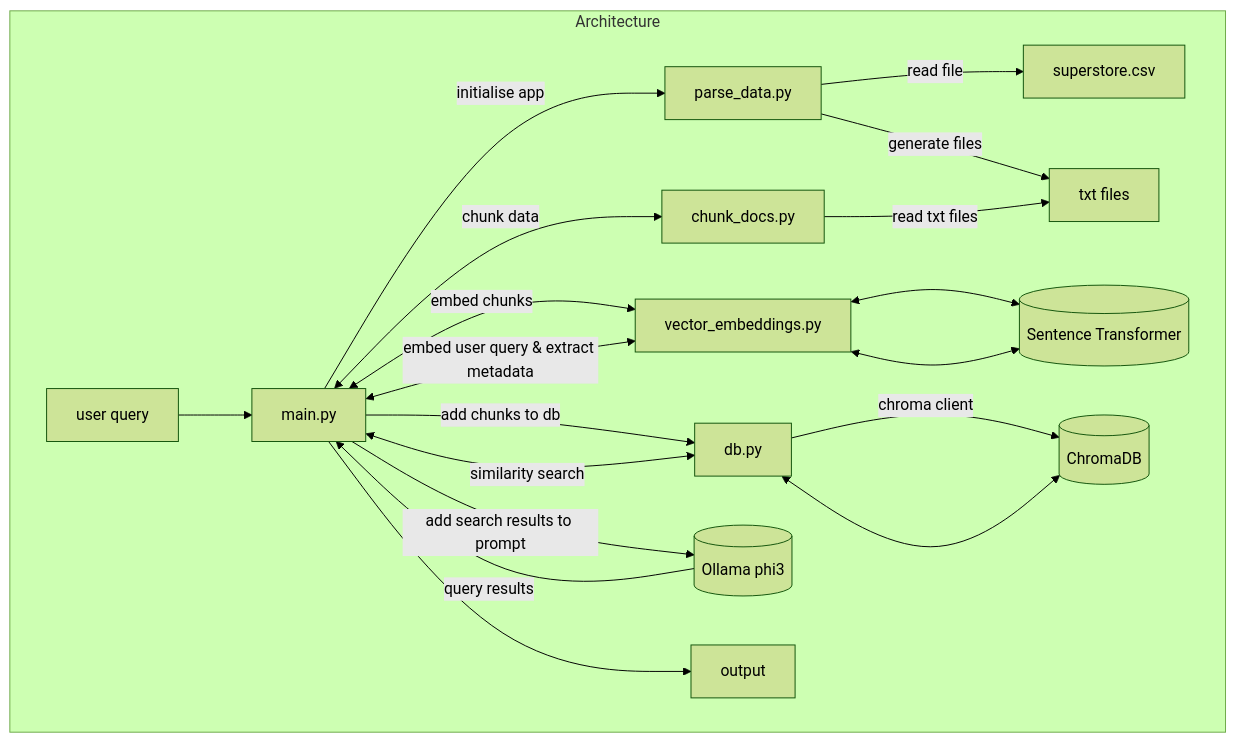
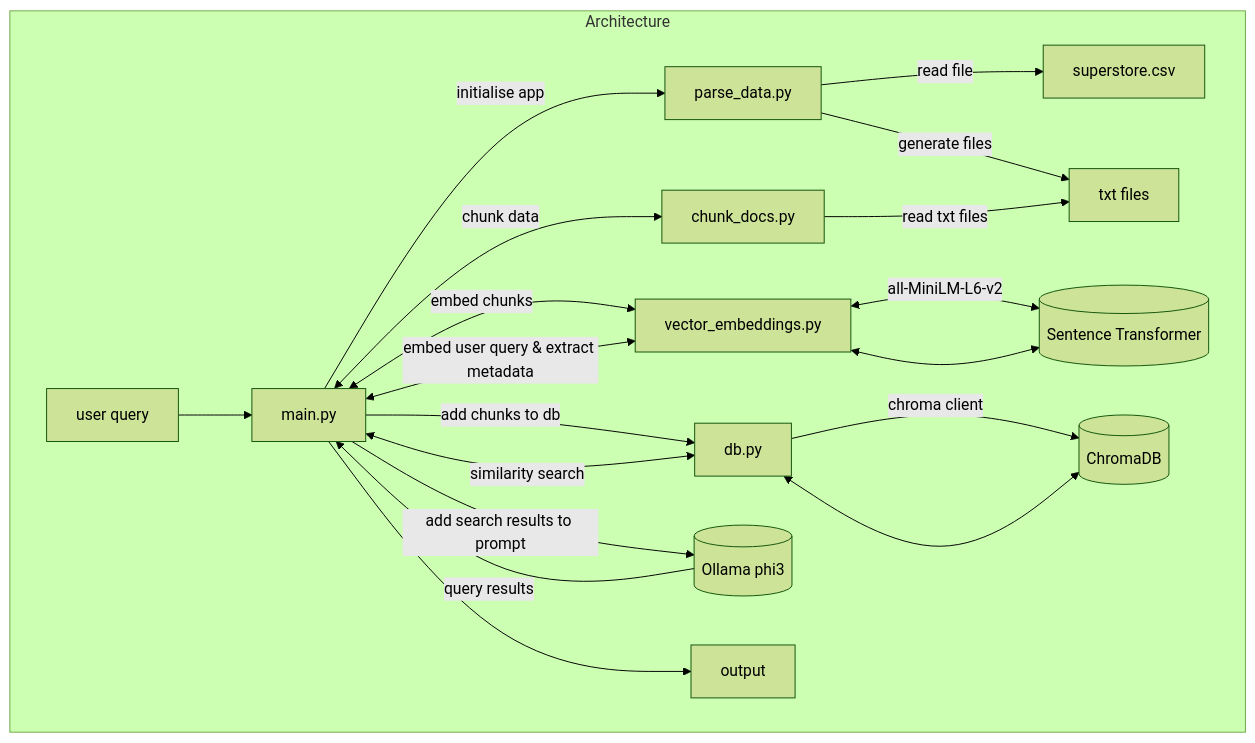
The diagram in README.md (simkatti/RAG-Based-Sales-Data-Analysis), drawn with Mermaid (forest theme) before and after one commit.

````diff
--- a/README.md
+++ b/README.md
@@ -12,29 +12,29 @@
 ```mermaid
 graph TD
     %% initialise 
     subgraph Architecture
         A[main.py] --> |initialise app| B[parse_data.py]
         B -->|read file| SC[superstore.csv]
         B -->|generate files| TF[txt files]
         A <--> |chunk data| CD[chunk_docs.py]
         CD --> |read txt files| TF
         A <--> |embed chunks| VE[vector_embeddings.py]
-        VE <--> ST
+        VE <--> |all-MiniLM-L6-v2| ST
         A --> |add chunks to db| DB[db.py]
         DB --> |chroma client| CDB
         C[user query] --> A
         A <--> |embed user query & extract metadata| VE
         VE <--> ST
         A <--> |similarity search| DB
         DB <--> CDB
         A --> |add search results to prompt| OL
         OL --> |query results| A
         A --> output
 
     end
     %% External Connections
     CDB[(ChromaDB)]
     ST[(Sentence Transformer)]
     OL[(Ollama phi3)]
 
 ```
````
